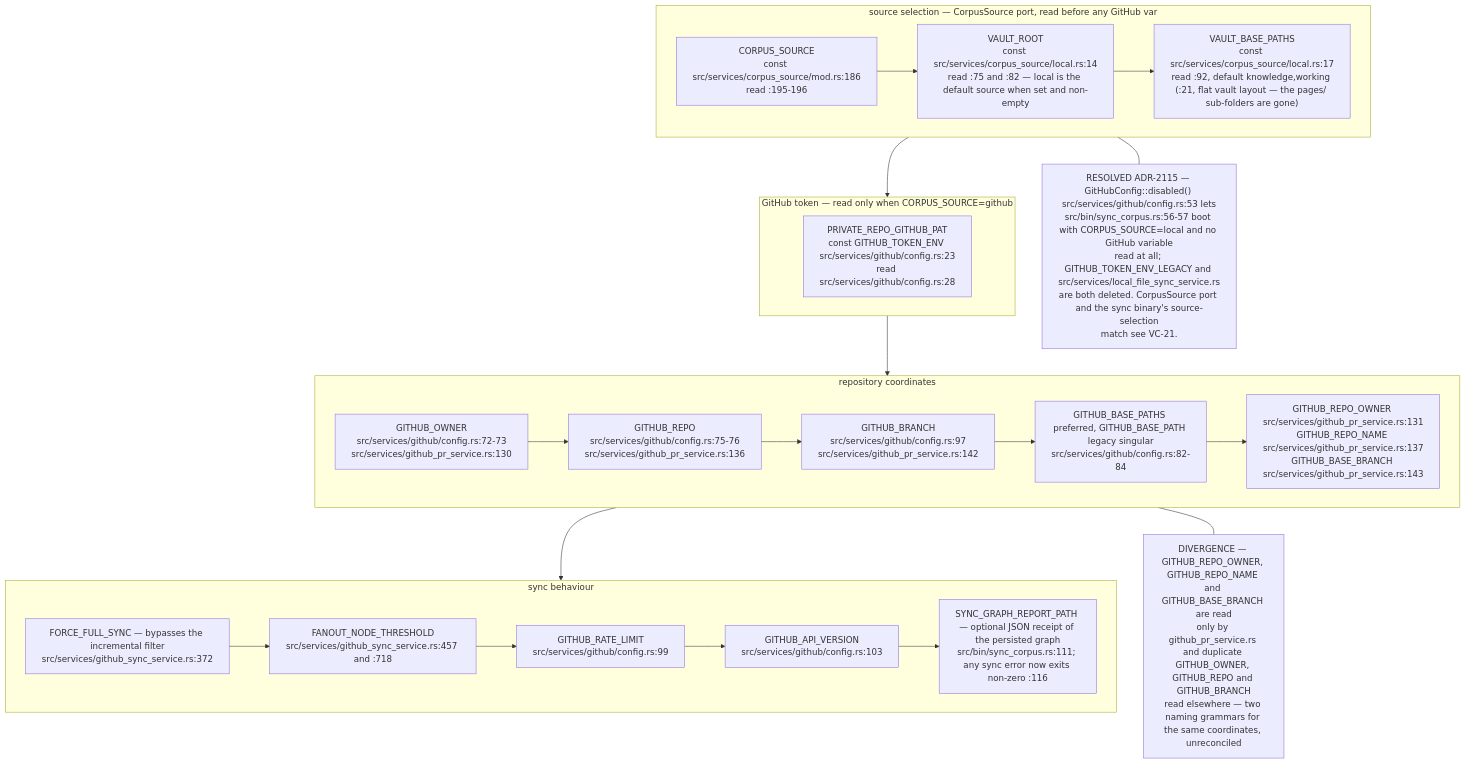
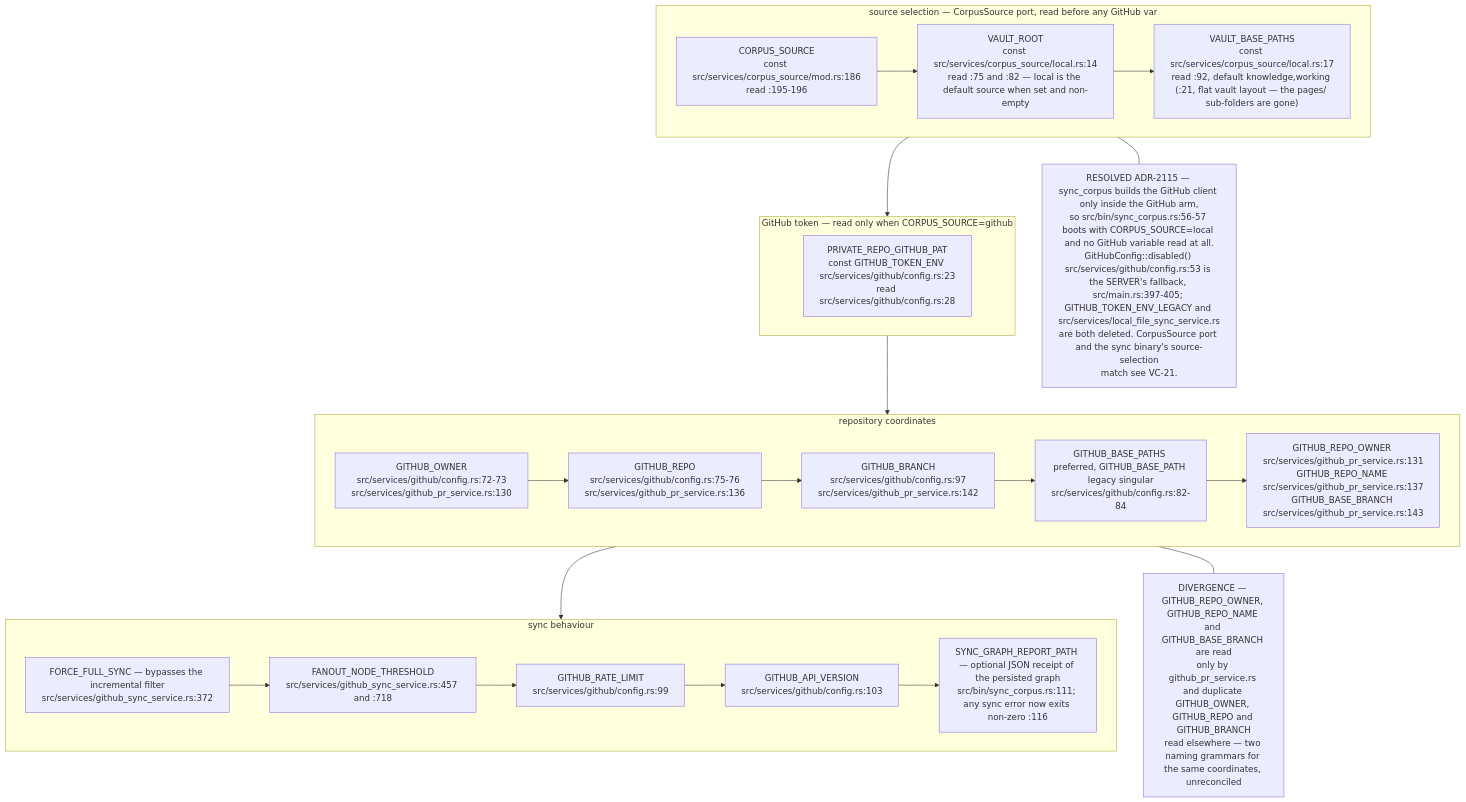
One commit to DreamLab-AI/VisionFlow changed diagram 11 of 16 in docs/diagrams/visionclaw/09-config-and-env-flags.md. Above: the diagram before and after it, drawn with Mermaid. The commit also changed other lines of this file and 173 other files, not shown here.

````diff
--- a/docs/diagrams/visionclaw/09-config-and-env-flags.md
+++ b/docs/diagrams/visionclaw/09-config-and-env-flags.md
@@ -455,20 +457,20 @@
 ```mermaid
 flowchart TB
     subgraph SEL["source selection — CorpusSource port, read before any GitHub var"]
         C1["CORPUS_SOURCE<br/>const src/services/corpus_source/mod.rs:186<br/>read :195-196"] --> C2["VAULT_ROOT<br/>const src/services/corpus_source/local.rs:14<br/>read :75 and :82 — local is the default source when set and non-empty"] --> C3["VAULT_BASE_PATHS<br/>const src/services/corpus_source/local.rs:17<br/>read :92, default knowledge,working (:21, flat vault layout — the pages/ sub-folders are gone)"]
     end
     subgraph TOK["GitHub token — read only when CORPUS_SOURCE=github"]
         T1["PRIVATE_REPO_GITHUB_PAT<br/>const GITHUB_TOKEN_ENV src/services/github/config.rs:23<br/>read src/services/github/config.rs:28"]
     end
     subgraph LOC["repository coordinates"]
         L1["GITHUB_OWNER<br/>src/services/github/config.rs:72-73<br/>src/services/github_pr_service.rs:130"] --> L2["GITHUB_REPO<br/>src/services/github/config.rs:75-76<br/>src/services/github_pr_service.rs:136"] --> L3["GITHUB_BRANCH<br/>src/services/github/config.rs:97<br/>src/services/github_pr_service.rs:142"] --> L4["GITHUB_BASE_PATHS preferred, GITHUB_BASE_PATH legacy singular<br/>src/services/github/config.rs:82-84"] --> L5["GITHUB_REPO_OWNER src/services/github_pr_service.rs:131<br/>GITHUB_REPO_NAME src/services/github_pr_service.rs:137<br/>GITHUB_BASE_BRANCH src/services/github_pr_service.rs:143"]
     end
     subgraph BEHAV["sync behaviour"]
         B1["FORCE_FULL_SYNC — bypasses the incremental filter<br/>src/services/github_sync_service.rs:372"] --> B2["FANOUT_NODE_THRESHOLD<br/>src/services/github_sync_service.rs:457 and :718"] --> B3["GITHUB_RATE_LIMIT<br/>src/services/github/config.rs:99"] --> B4["GITHUB_API_VERSION<br/>src/services/github/config.rs:103"] --> B5["SYNC_GRAPH_REPORT_PATH — optional JSON receipt of the persisted graph<br/>src/bin/sync_corpus.rs:111; any sync error now exits non-zero :116"]
     end
     SEL --> TOK --> LOC --> BEHAV
     N4["DIVERGENCE — GITHUB_REPO_OWNER, GITHUB_REPO_NAME and GITHUB_BASE_BRANCH are read<br/>only by github_pr_service.rs and duplicate GITHUB_OWNER, GITHUB_REPO and GITHUB_BRANCH<br/>read elsewhere — two naming grammars for the same coordinates, unreconciled"]
     LOC --- N4
-    N5["RESOLVED ADR-2115 — GitHubConfig::disabled() src/services/github/config.rs:53 lets<br/>src/bin/sync_corpus.rs:56-57 boot with CORPUS_SOURCE=local and no GitHub variable<br/>read at all; GITHUB_TOKEN_ENV_LEGACY and src/services/local_file_sync_service.rs<br/>are both deleted. CorpusSource port and the sync binary's source-selection<br/>match see VC-21."]
+    N5["RESOLVED ADR-2115 — sync_corpus builds the GitHub client only inside the GitHub arm,<br/>so src/bin/sync_corpus.rs:56-57 boots with CORPUS_SOURCE=local and no GitHub variable read at all.<br/>GitHubConfig::disabled() src/services/github/config.rs:53 is the SERVER's fallback, src/main.rs:397-405; GITHUB_TOKEN_ENV_LEGACY and src/services/local_file_sync_service.rs<br/>are both deleted. CorpusSource port and the sync binary's source-selection<br/>match see VC-21."]
     SEL --- N5
 ```
````
